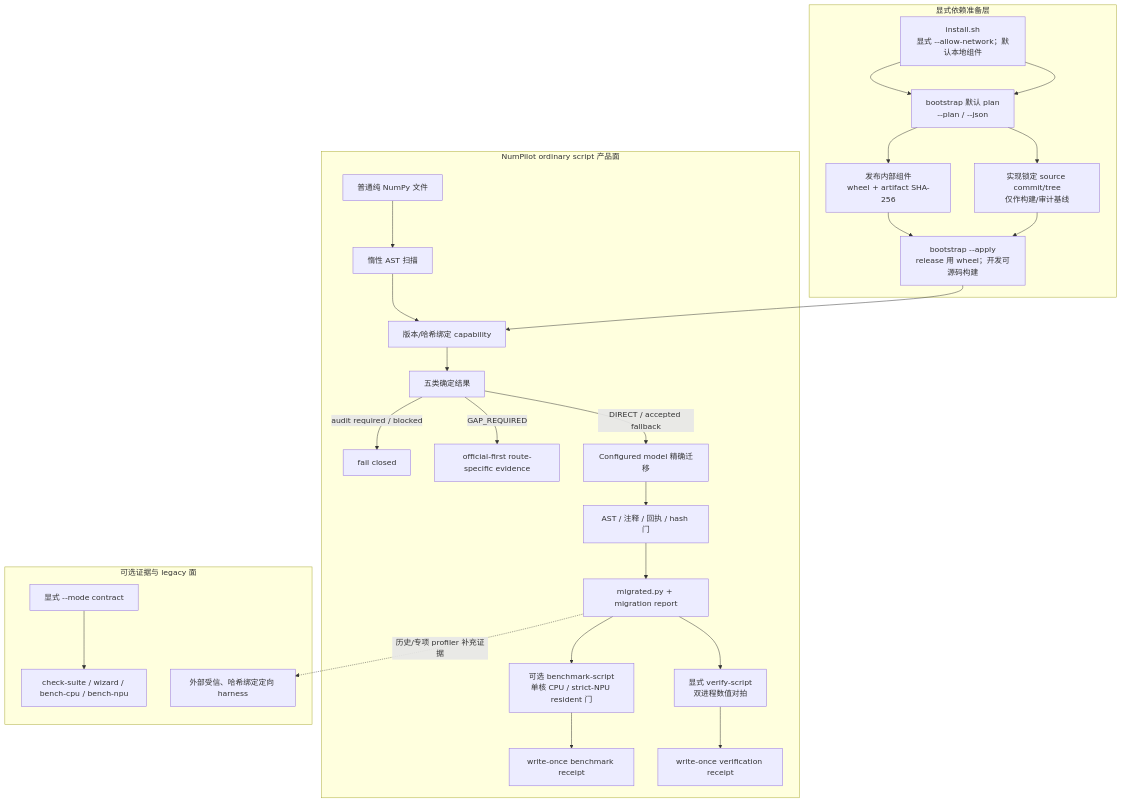
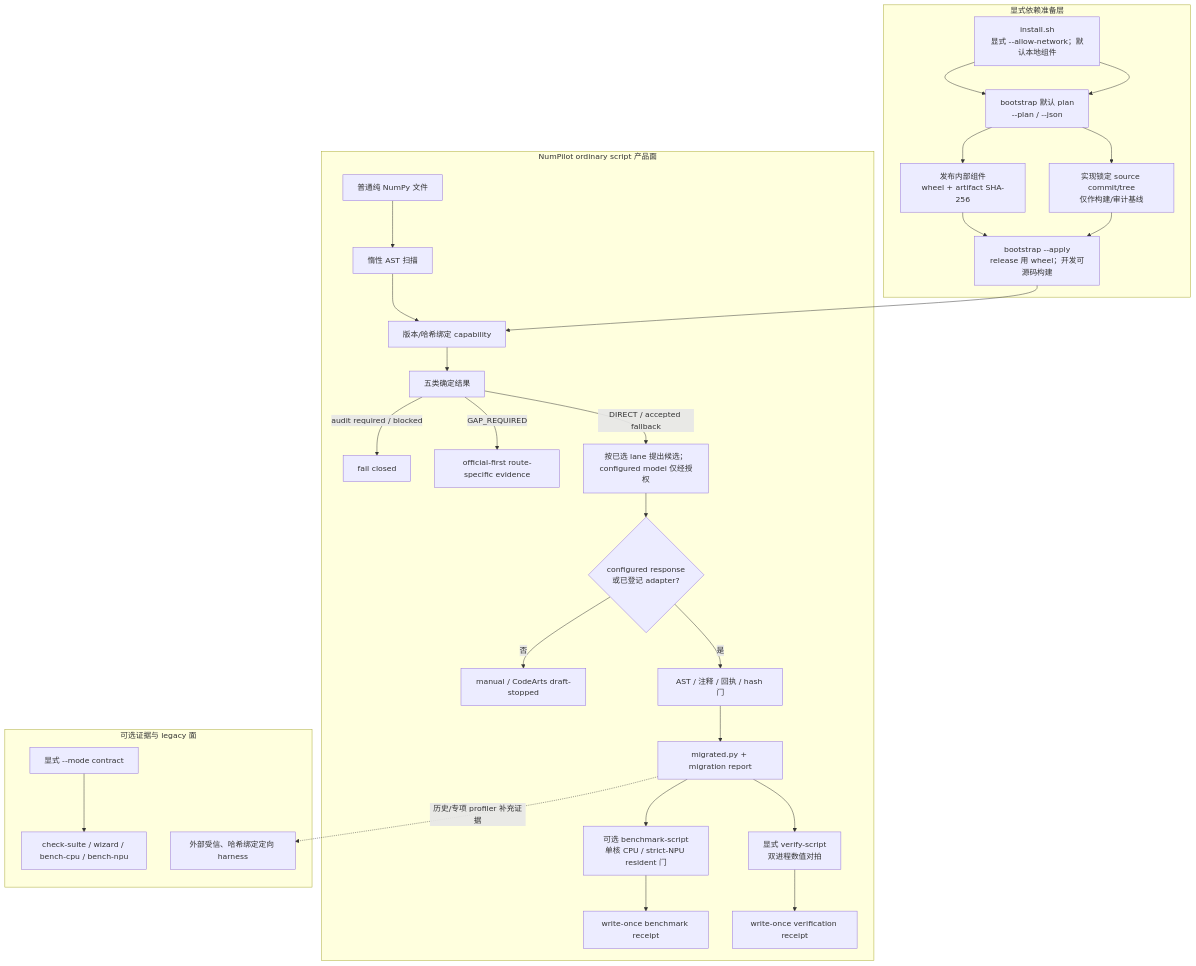
The first of 2 diagrams in docs/architecture.md (DEGger21/numpilot), drawn with Mermaid before and after one commit. The commit also changed other lines of this file and 61 other files, not shown here.

````diff
--- a/docs/architecture.md
+++ b/docs/architecture.md
@@ -47,42 +49,46 @@
 ```mermaid
 flowchart TB
   subgraph Bootstrap[显式依赖准备层]
     INSTALL[install.sh<br/>显式 --allow-network；默认本地组件]
     PLAN[bootstrap 默认 plan<br/>--plan / --json]
     LOCK[实现锁定 source commit/tree<br/>仅作构建/审计基线]
     WHEEL[发布内部组件<br/>wheel + artifact SHA-256]
     APPLY[bootstrap --apply<br/>release 用 wheel；开发可源码构建]
     INSTALL --> PLAN --> LOCK --> APPLY
     INSTALL --> PLAN --> WHEEL --> APPLY
   end
 
   subgraph Product[NumPilot ordinary script 产品面]
     SRC[普通纯 NumPy 文件]
     SCAN[惰性 AST 扫描]
     CAP[版本/哈希绑定 capability]
     DECIDE[五类确定结果]
-    MODEL[Configured model 精确迁移]
+    MODEL[按已选 lane 提出候选；configured model 仅经授权]
+    ADMIT{configured response<br/>或已登记 adapter?}
     AUDIT[AST / 注释 / 回执 / hash 门]
+    DRAFT[manual / CodeArts draft-stopped]
     ARTIFACT[migrated.py + migration report]
     VERIFY[显式 verify-script<br/>双进程数值对拍]
     VRECEIPT[write-once verification receipt]
     BENCH[可选 benchmark-script<br/>单核 CPU / strict-NPU resident 门]
     BRECEIPT[write-once benchmark receipt]
     SRC --> SCAN --> CAP --> DECIDE
-    DECIDE -->|DIRECT / accepted fallback| MODEL --> AUDIT --> ARTIFACT
+    DECIDE -->|DIRECT / accepted fallback| MODEL --> ADMIT
+    ADMIT -->|是| AUDIT --> ARTIFACT
+    ADMIT -->|否| DRAFT
     DECIDE -->|GAP_REQUIRED| GAP[official-first route-specific evidence]
     DECIDE -->|audit required / blocked| STOP[fail closed]
     ARTIFACT --> VERIFY --> VRECEIPT
     ARTIFACT --> BENCH --> BRECEIPT
   end
 
   subgraph Optional[可选证据与 legacy 面]
     HARNESS[外部受信、哈希绑定定向 harness]
     CONTRACT[显式 --mode contract]
     TOOLS[check-suite / wizard / bench-cpu / bench-npu]
     CONTRACT --> TOOLS
   end
 
   APPLY --> CAP
   ARTIFACT -.->|历史/专项 profiler 补充证据| HARNESS
 ```
````
